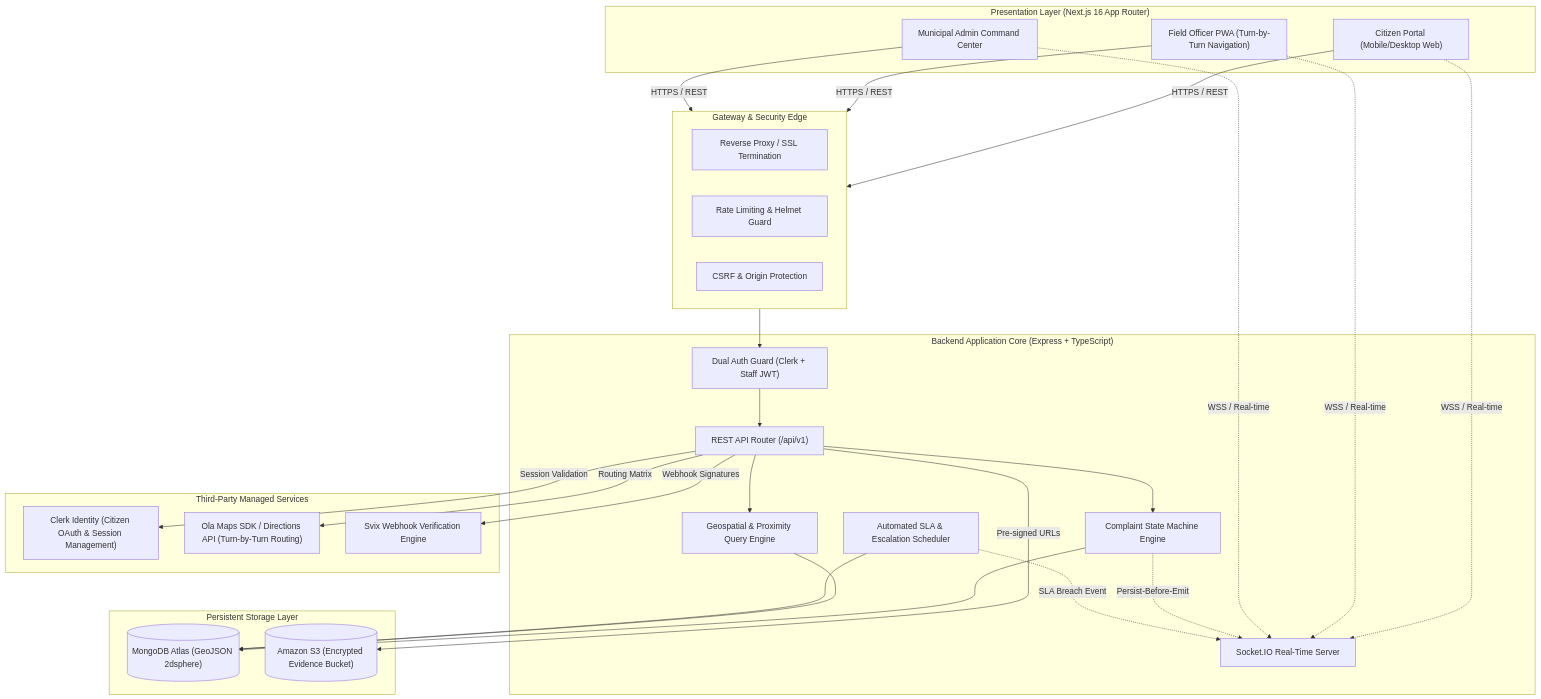
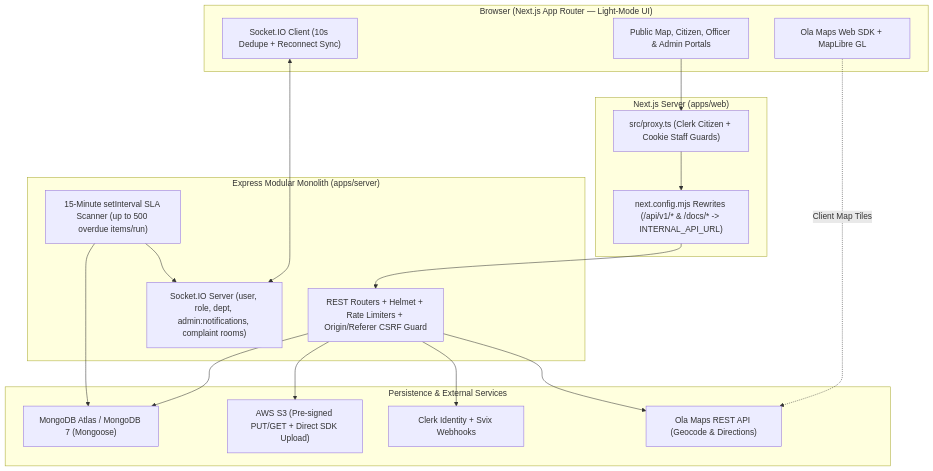
Before and after one commit to alokprasad573/CivicTrack: the first of 3 diagrams in docs/ARCHITECTURE.md, drawn with Mermaid. The commit also changed other lines of this file and 8 other files, not shown here.

Commit message:
Refactor documentation for CivicTrack: Update FEATURES.md, QUICKSTART.md, and TECH_STACK.md for clarity and consistency; enhance feature descriptions, environment variable details, and architectural decision records.

````diff
--- a/docs/ARCHITECTURE.md
+++ b/docs/ARCHITECTURE.md
@@ -9,61 +33,39 @@
 ```mermaid
 flowchart TB
-    subgraph Clients["Presentation Layer (Next.js 16 App Router)"]
-        CP["Citizen Portal (Mobile/Desktop Web)"]
-        FO["Field Officer PWA (Turn-by-Turn Navigation)"]
-        AC["Municipal Admin Command Center"]
+    subgraph Client ["Browser (Next.js App Router — Light-Mode UI)"]
+        UI["Public Map, Citizen, Officer & Admin Portals"]
+        MapClient["Ola Maps Web SDK + MapLibre GL"]
+        SocketClient["Socket.IO Client (10s Dedupe + Reconnect Sync)"]
     end
 
-    subgraph Edge["Gateway & Security Edge"]
-        Nginx["Reverse Proxy / SSL Termination"]
-        RateLimit["Rate Limiting & Helmet Guard"]
-        CSRF["CSRF & Origin Protection"]
+    subgraph Edge ["Next.js Server (apps/web)"]
+        Proxy["src/proxy.ts (Clerk Citizen + Cookie Staff Guards)"]
+        Rewrites["next.config.mjs Rewrites (/api/v1/* & /docs/* -> INTERNAL_API_URL)"]
     end
 
-    subgraph CoreServices["Backend Application Core (Express + TypeScript)"]
-        API["REST API Router (/api/v1)"]
-        SocketServer["Socket.IO Real-Time Server"]
-        AuthMiddleware["Dual Auth Guard (Clerk + Staff JWT)"]
-        WorkflowEngine["Complaint State Machine Engine"]
-        SlaEngine["Automated SLA & Escalation Scheduler"]
-        SpatialEngine["Geospatial & Proximity Query Engine"]
+    subgraph Server ["Express Modular Monolith (apps/server)"]
+        API["REST Routers + Helmet + Rate Limiters + Origin/Referer CSRF Guard"]
+        SocketSrv["Socket.IO Server (user, role, dept, admin:notifications, complaint rooms)"]
+        SlaWorker["15-Minute setInterval SLA Scanner (up to 500 overdue items/run)"]
     end
 
-    subgraph DataAndStorage["Persistent Storage Layer"]
-        Mongo[("MongoDB Atlas (GeoJSON 2dsphere)")]
-        S3[("Amazon S3 (Encrypted Evidence Bucket)")]
+    subgraph External ["Persistence & External Services"]
+        Mongo["MongoDB Atlas / MongoDB 7 (Mongoose)"]
+        S3["AWS S3 (Pre-signed PUT/GET + Direct SDK Upload)"]
+        Clerk["Clerk Identity + Svix Webhooks"]
+        Ola["Ola Maps REST API (Geocode & Directions)"]
     end
 
-    subgraph ExternalIntegrations["Third-Party Managed Services"]
-        Clerk["Clerk Identity (Citizen OAuth & Session Management)"]
-        OlaMaps["Ola Maps SDK / Directions API (Turn-by-Turn Routing)"]
-        Svix["Svix Webhook Verification Engine"]
-    end
+    UI --> Proxy
+    Proxy --> Rewrites
+    Rewrites --> API
+    SocketClient <--> SocketSrv
+    MapClient -. "Client Map Tiles" .-> Ola
 
-    %% Client Interactions
-    CP -->|HTTPS / REST| Edge
-    FO -->|HTTPS / REST| Edge
-    AC -->|HTTPS / REST| Edge
-    CP -.->|WSS / Real-time| SocketServer
-    FO -.->|WSS / Real-time| SocketServer
-    AC -.->|WSS / Real-time| SocketServer
-
-    %% Edge routing
-    Edge --> AuthMiddleware
-    AuthMiddleware --> API
-
-    %% Backend workflows
-    API --> WorkflowEngine
-    API --> SpatialEngine
-    WorkflowEngine --> Mongo
-    SpatialEngine --> Mongo
-    WorkflowEngine -.->|Persist-Before-Emit| SocketServer
-    SlaEngine --> Mongo
-    SlaEngine -.->|SLA Breach Event| SocketServer
-
-    %% External APIs
-    API -->|Pre-signed URLs| S3
-    API -->|Routing Matrix| OlaMaps
-    API -->|Session Validation| Clerk
-    API -->|Webhook Signatures| Svix
+    API --> Mongo
+    API --> S3
+    API --> Clerk
+    API --> Ola
+    SlaWorker --> Mongo
+    SlaWorker --> SocketSrv
 ```
````
